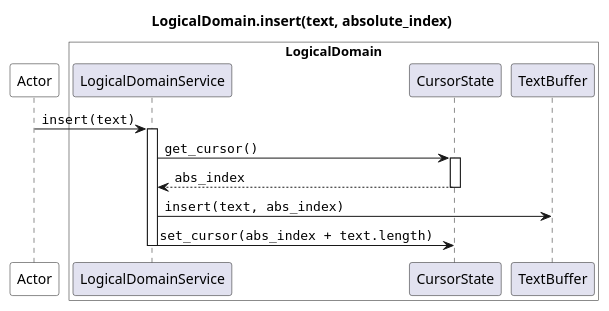
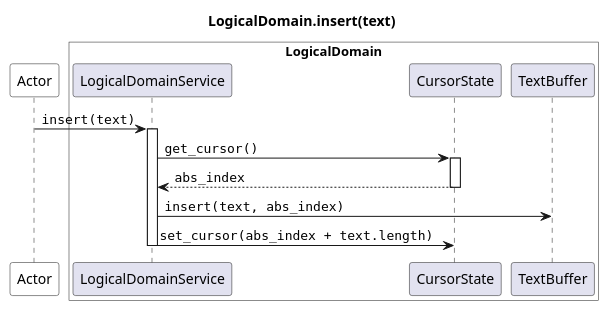
Before and after one commit to JoeRittiner/TextEngine: the diagram in docs/source/specs/architecture/diagrams/sequence/seq_insert_logical.puml, drawn with PlantUML. The commit also changed 11 other files, not shown here.

Commit message:
doc: Cleanup diagrams and consistency

```diff
--- a/docs/source/specs/architecture/diagrams/sequence/seq_insert_logical.puml
+++ b/docs/source/specs/architecture/diagrams/sequence/seq_insert_logical.puml
@@ -1,23 +1,23 @@
 @startuml
 
-title LogicalDomain.insert(text, absolute_index)
+title LogicalDomain.insert(text)
 
 participant Actor as app #white
 box "LogicalDomain" #white
     participant LogicalDomainService as LS
     participant CursorState as CS
     participant TextBuffer as TB
 end box
 
 app -> LS : ""insert(text)""
 activate LS
     LS -> CS : ""get_cursor()""
     activate CS
         return ""abs_index""
     LS -> TB : ""insert(text, abs_index)""
 
     LS -> CS : ""set_cursor(abs_index + text.length)""
 
     deactivate LS
 
 @enduml
```
